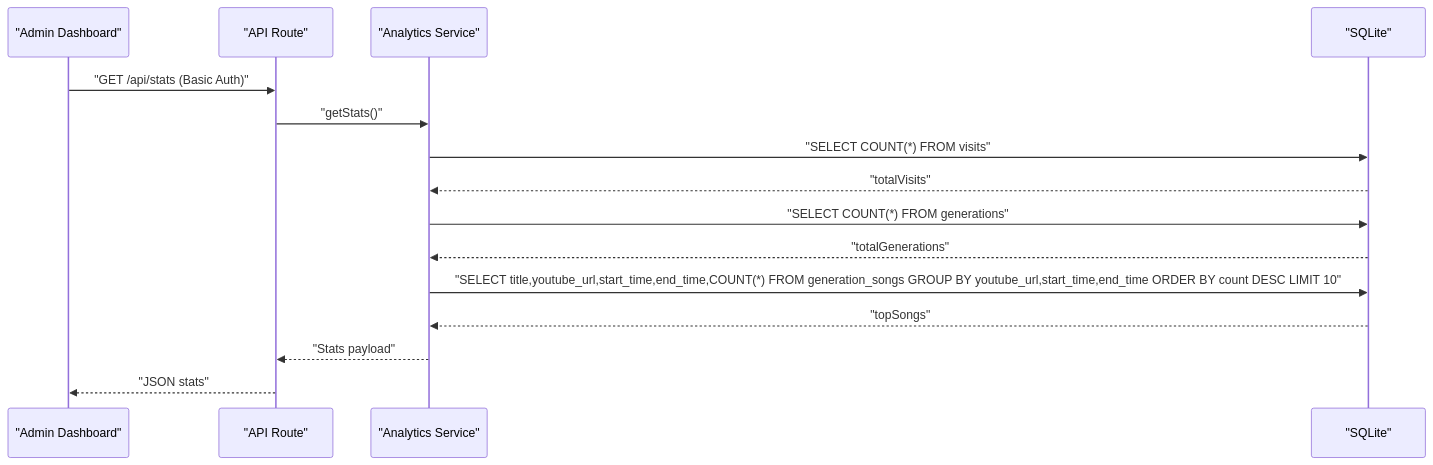
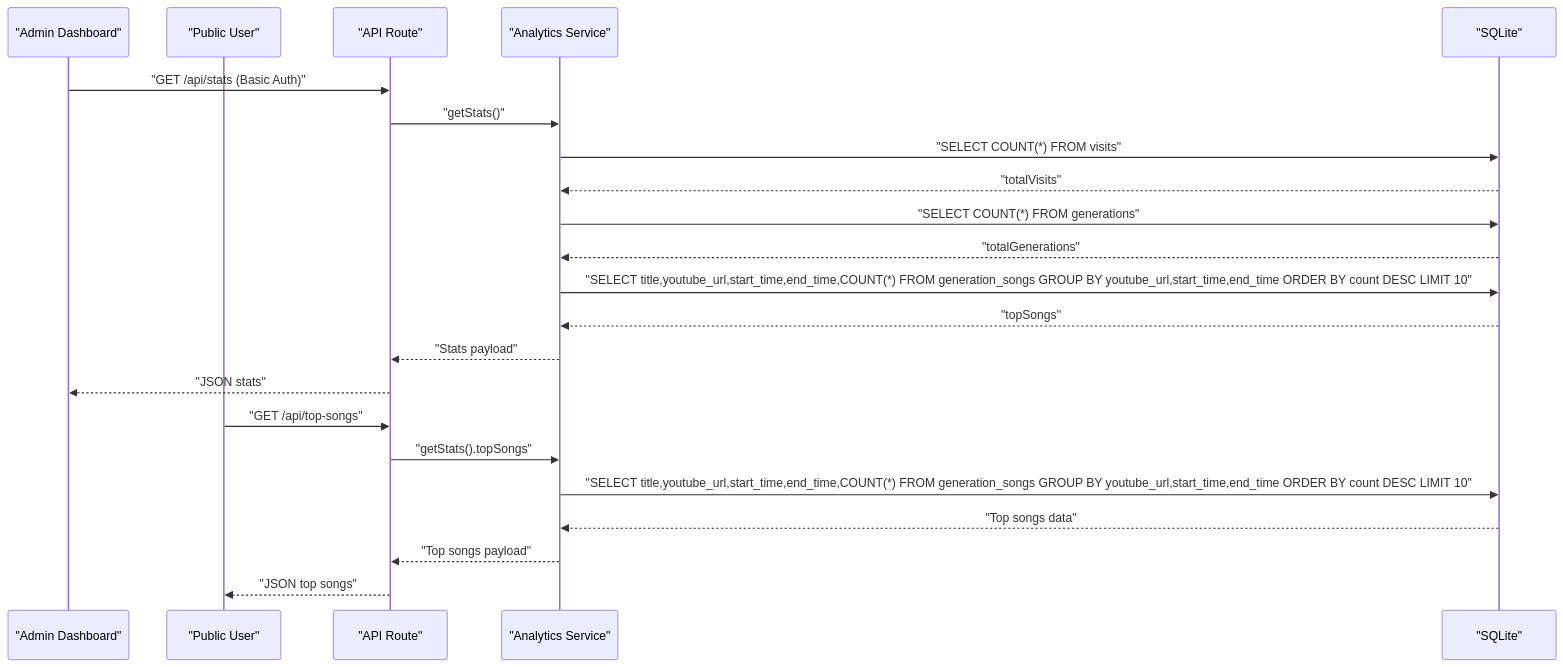
The fifth of 13 diagrams in .qoder/repowiki/en/content/Core Services Architecture/Analytics and Tracking Service.md (dkoukoul/kpop-random-dance-generator), drawn with Mermaid before and after one commit. The commit also changed other lines of this file and 3 other files, not shown here.

````diff
--- a/.qoder/repowiki/en/content/Core Services Architecture/Analytics and Tracking Service.md
+++ b/.qoder/repowiki/en/content/Core Services Architecture/Analytics and Tracking Service.md
@@ -216,17 +234,24 @@
 ```mermaid
 sequenceDiagram
 participant Admin as "Admin Dashboard"
+participant PublicUser as "Public User"
 participant API as "API Route"
 participant Analytics as "Analytics Service"
 participant DB as "SQLite"
 Admin->>API : "GET /api/stats (Basic Auth)"
 API->>Analytics : "getStats()"
 Analytics->>DB : "SELECT COUNT(*) FROM visits"
 DB-->>Analytics : "totalVisits"
 Analytics->>DB : "SELECT COUNT(*) FROM generations"
 DB-->>Analytics : "totalGenerations"
 Analytics->>DB : "SELECT title,youtube_url,start_time,end_time,COUNT(*) FROM generation_songs GROUP BY youtube_url,start_time,end_time ORDER BY count DESC LIMIT 10"
 DB-->>Analytics : "topSongs"
 Analytics-->>API : "Stats payload"
 API-->>Admin : "JSON stats"
+PublicUser->>API : "GET /api/top-songs"
+API->>Analytics : "getStats().topSongs"
+Analytics->>DB : "SELECT title,youtube_url,start_time,end_time,COUNT(*) FROM generation_songs GROUP BY youtube_url,start_time,end_time ORDER BY count DESC LIMIT 10"
+DB-->>Analytics : "Top songs data"
+Analytics-->>API : "Top songs payload"
+API-->>PublicUser : "JSON top songs"
 ```
````
